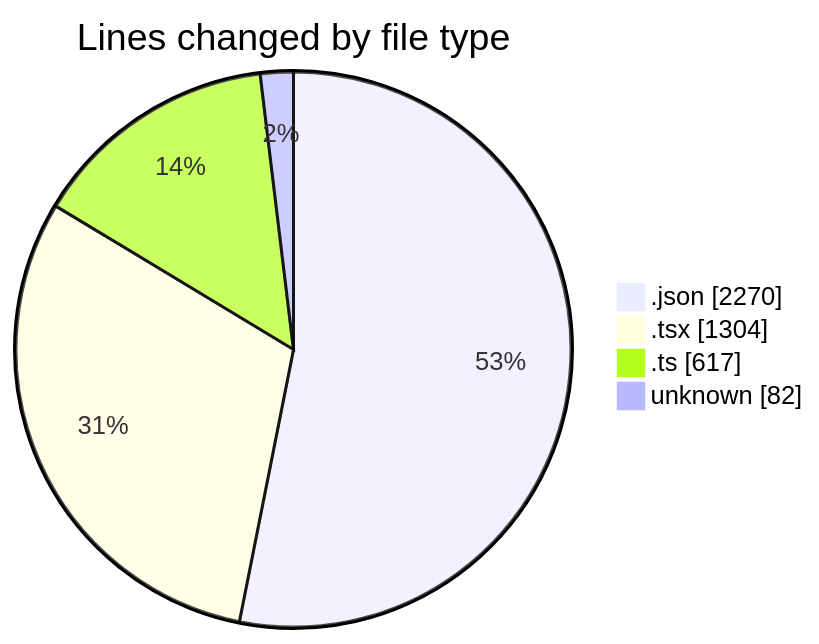
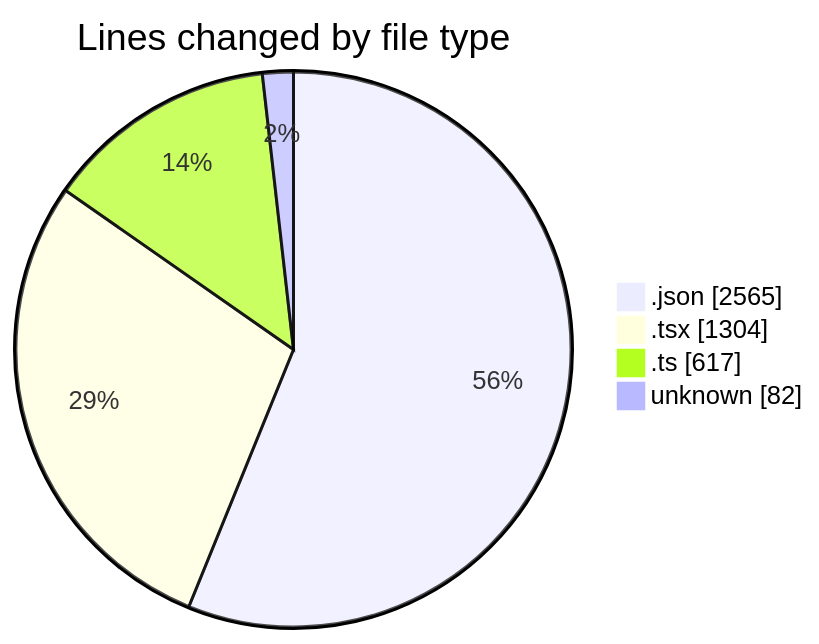
Before and after one commit to julien-gomy/code-tracking: the first of 2 diagrams in 2025-10-29/eventscop-frontend-guide__workspace_/README.md, drawn with Mermaid. The commit also changed other lines of this file and 1 other file, not shown here.

````diff
--- a/2025-10-29/eventscop-frontend-guide__workspace_/README.md
+++ b/2025-10-29/eventscop-frontend-guide__workspace_/README.md
@@ -46,8 +47,8 @@
 ```mermaid
 pie showData
 title Lines changed by file type
-".json" : 2270
+".json" : 2565
 ".tsx" : 1304
 ".ts" : 617
 "unknown" : 82
 ```
````
